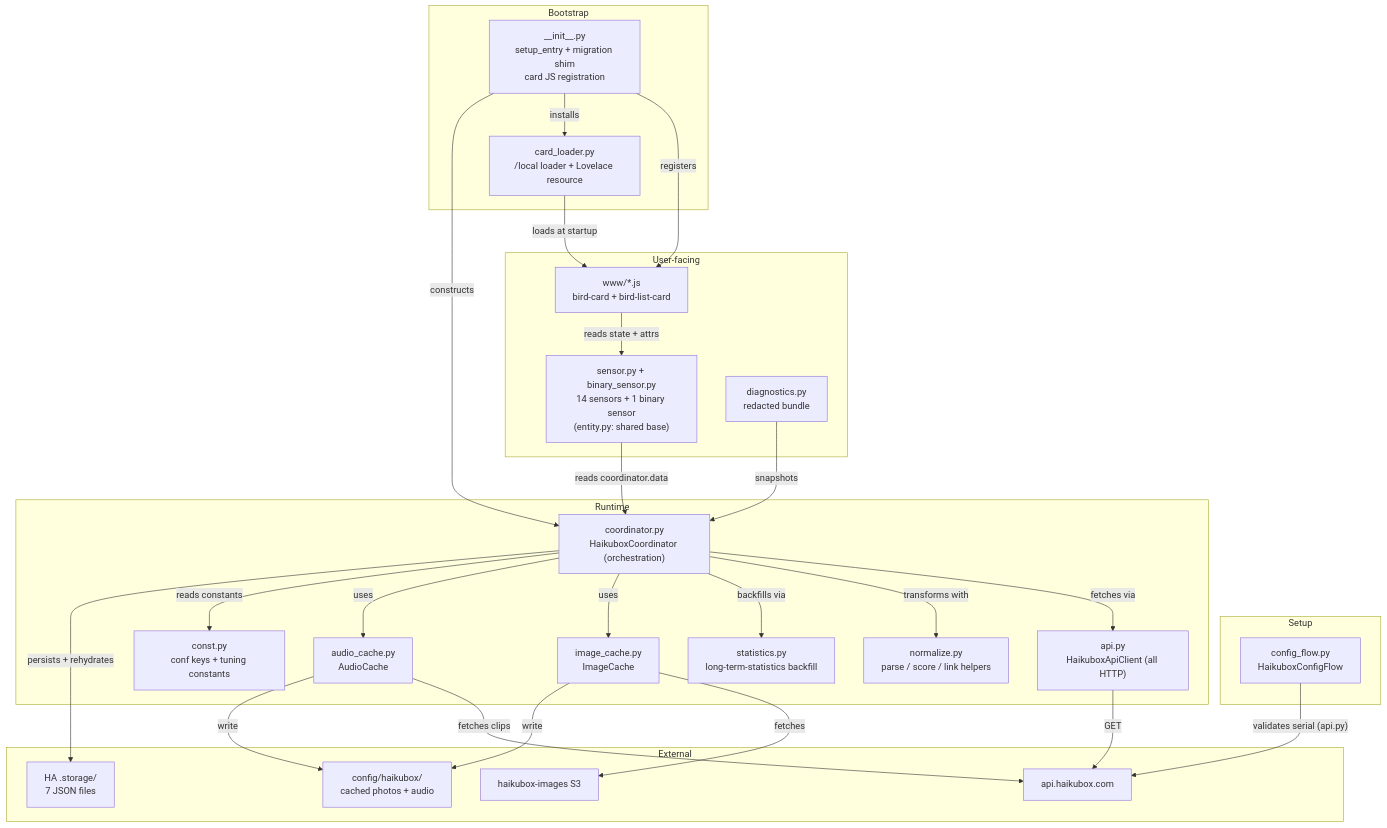
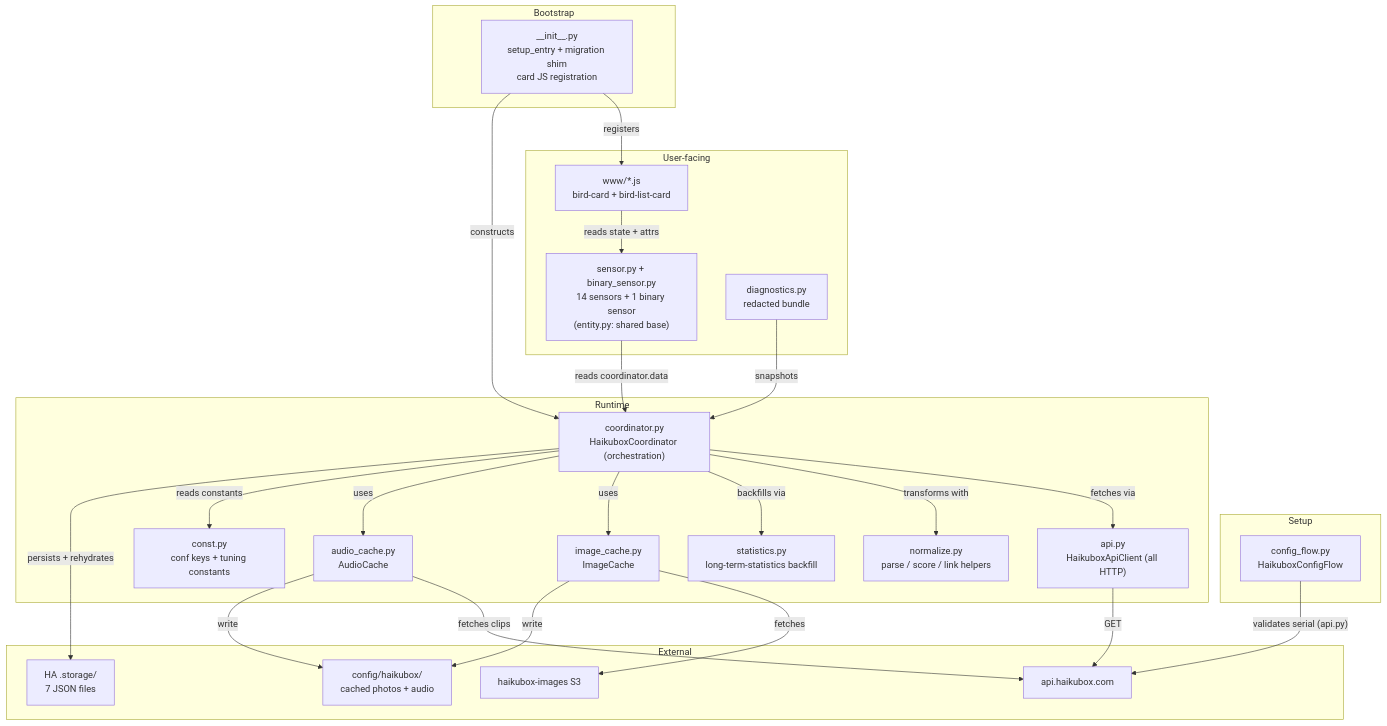
The first of 3 diagrams in docs/architecture.md (eklundjon/ha-haikubox), drawn with Mermaid before and after one commit. The commit also changed other lines of this file and 11 other files, not shown here.

````diff
--- a/docs/architecture.md
+++ b/docs/architecture.md
@@ -9,54 +9,51 @@
 ```mermaid
 graph TB
     subgraph Setup
         ConfigFlow["config_flow.py<br/>HaikuboxConfigFlow"]
     end
 
     subgraph Bootstrap
         InitMod["__init__.py<br/>setup_entry + migration shim<br/>card JS registration"]
-        Loader["card_loader.py<br/>/local loader + Lovelace resource"]
     end
 
     subgraph Runtime
         Coord["coordinator.py<br/>HaikuboxCoordinator (orchestration)"]
         Api["api.py<br/>HaikuboxApiClient (all HTTP)"]
         Normalize["normalize.py<br/>parse / score / link helpers"]
         Stats["statistics.py<br/>long-term-statistics backfill"]
         Images["image_cache.py<br/>ImageCache"]
         Audio["audio_cache.py<br/>AudioCache"]
         Const["const.py<br/>conf keys + tuning constants"]
     end
 
     subgraph User-facing
         Sensors["sensor.py + binary_sensor.py<br/>14 sensors + 1 binary sensor<br/>(entity.py: shared base)"]
         Cards["www/*.js<br/>bird-card + bird-list-card"]
         Diag["diagnostics.py<br/>redacted bundle"]
     end
 
     subgraph External
         API["api.haikubox.com"]
         S3["haikubox-images S3"]
         HAStore["HA .storage/<br/>7 JSON files"]
         WWW["config/haikubox/<br/>cached photos + audio"]
     end
 
     ConfigFlow -- "validates serial (api.py)" --> API
     InitMod -- "registers" --> Cards
-    InitMod -- "installs" --> Loader
-    Loader -- "loads at startup" --> Cards
     InitMod -- "constructs" --> Coord
     Coord -- "fetches via" --> Api
     Coord -- "transforms with" --> Normalize
     Coord -- "backfills via" --> Stats
     Coord -- "uses" --> Images
     Coord -- "uses" --> Audio
     Coord -- "reads constants" --> Const
     Coord -- "persists + rehydrates" --> HAStore
     Api -- "GET" --> API
     Images -- "fetches" --> S3
     Audio -- "fetches clips" --> API
     Images & Audio -- "write" --> WWW
     Sensors -- "reads coordinator.data" --> Coord
     Cards -- "reads state + attrs" --> Sensors
     Diag -- "snapshots" --> Coord
 ```
````
